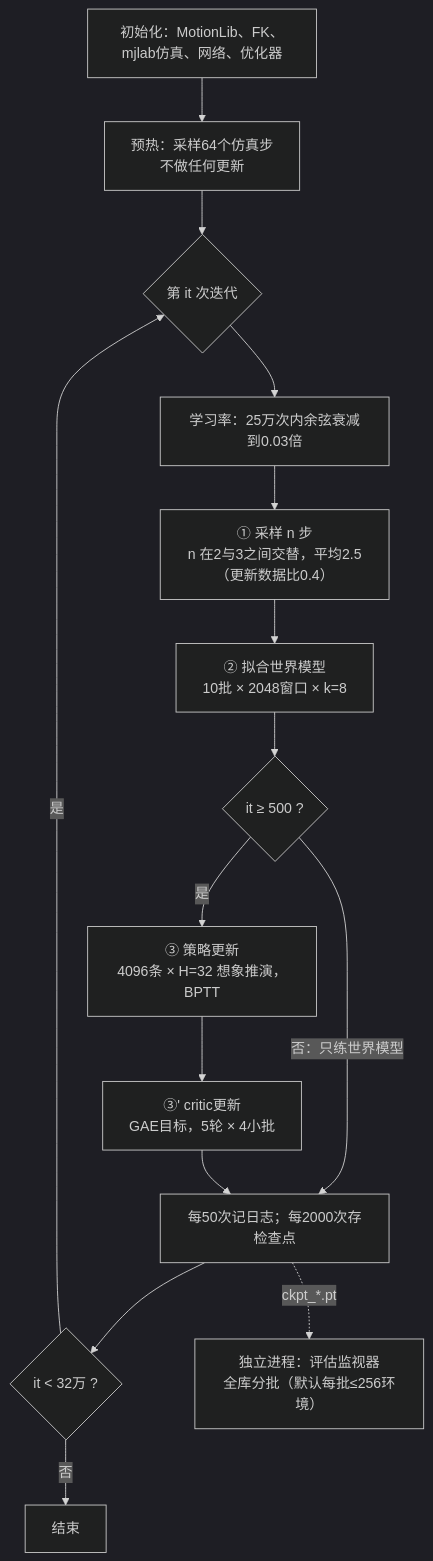
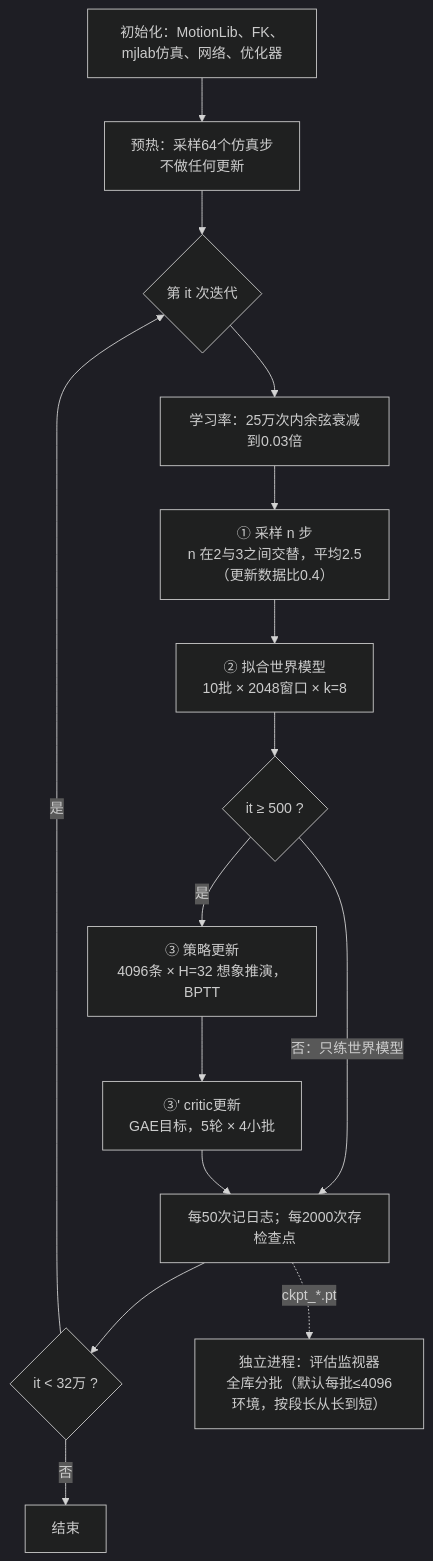
Before and after one commit to RaraAlu/Supermimic: the second of 10 diagrams in docs/analysis/training_pipeline.md, drawn with Mermaid (dark theme). The commit also changed other lines of this file and 11 other files, not shown here.

````diff
--- a/docs/analysis/training_pipeline.md
+++ b/docs/analysis/training_pipeline.md
@@ -47,17 +47,17 @@
 ```mermaid
 flowchart TD
     INIT["初始化：MotionLib、FK、mjlab仿真、网络、优化器"] --> WARM["预热：采样64个仿真步<br/>不做任何更新"]
     WARM --> IT{"第 it 次迭代"}
     IT --> LR["学习率：25万次内余弦衰减到0.03倍"]
     LR --> COL["① 采样 n 步<br/>n 在2与3之间交替，平均2.5（更新数据比0.4）"]
     COL --> FIT["② 拟合世界模型<br/>10批 × 2048窗口 × k=8"]
     FIT --> GATE{"it ≥ 500 ?"}
     GATE -->|"否：只练世界模型"| LOG
     GATE -->|"是"| POL["③ 策略更新<br/>4096条 × H=32 想象推演，BPTT"]
     POL --> CRI["③' critic更新<br/>GAE目标，5轮 × 4小批"]
     CRI --> LOG["每50次记日志；每2000次存检查点"]
     LOG --> DONE{"it < 32万 ?"}
     DONE -->|"是"| IT
     DONE -->|"否"| END["结束"]
-    LOG -.->|"ckpt_*.pt"| EVAL["独立进程：评估监视器<br/>全库分批（默认每批≤256环境）"]
+    LOG -.->|"ckpt_*.pt"| EVAL["独立进程：评估监视器<br/>全库分批（默认每批≤4096环境，按段长从长到短）"]
 ```
````
